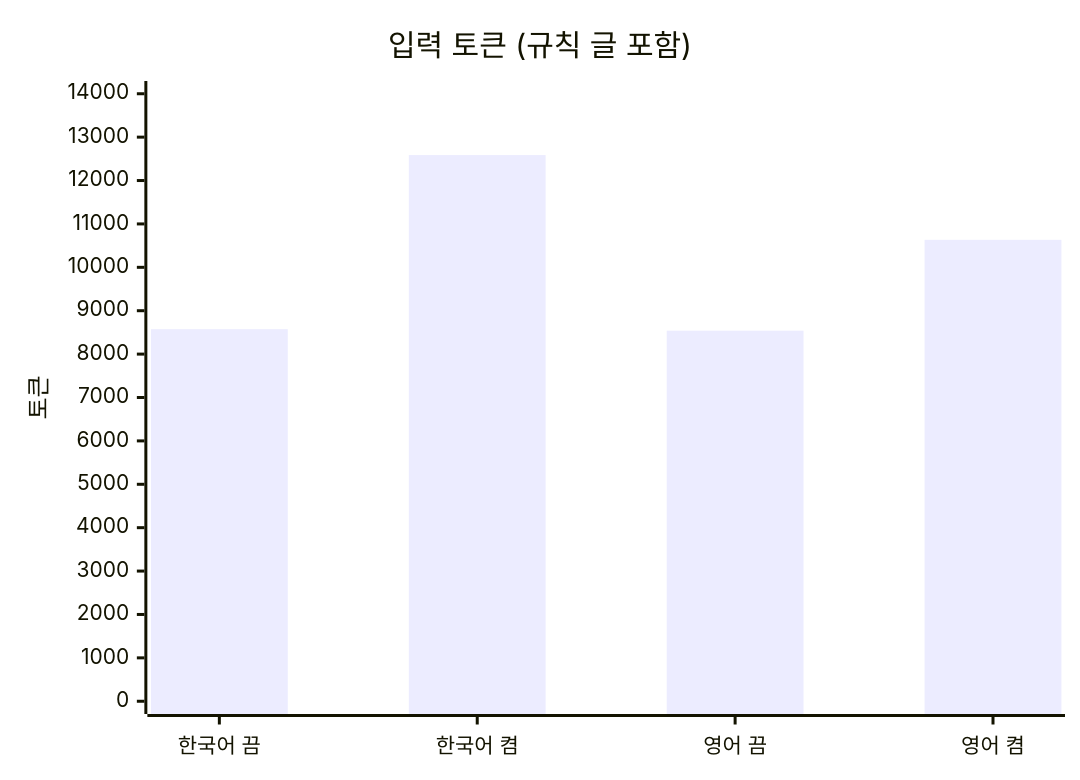
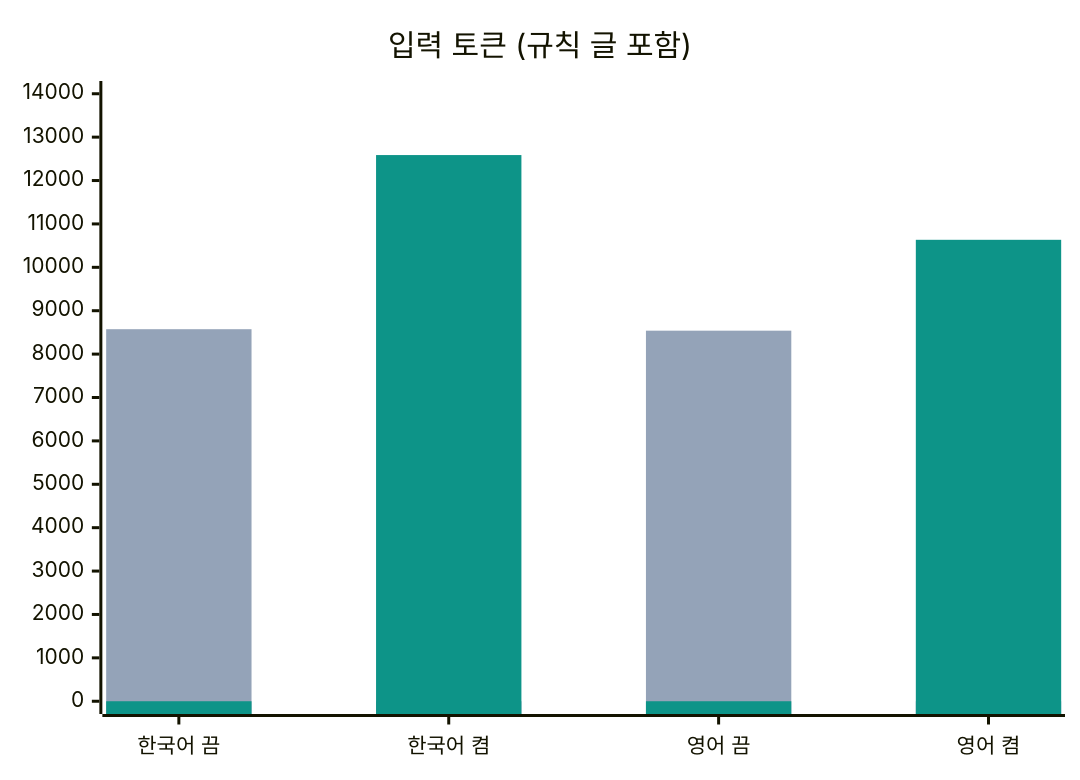
The second of 2 diagrams in README.ko.md (evelynn/get-to-it), drawn with Mermaid before and after one commit. The commit also changed other lines of this file and 2 other files, not shown here.

Commit message:
karin: 토큰 그래프의 끔·켬 막대 색 구분과 깨지는 세로축 제목 제거
- 끔은 회색, 켬은 청록으로 표시(mermaid plotColorPalette)
- 회전된 한글 세로축 제목이 깨져 보여 제거
- 브라우저 확인 도구가 만든 로컬 폴더(.gstack/)를 git 제외에 추가

````diff
--- a/README.ko.md
+++ b/README.ko.md
@@ -30,7 +32,9 @@
 ```mermaid
+%%{init: {"themeVariables": {"xyChart": {"plotColorPalette": "#94a3b8, #0d9488"}}}}%%
 xychart-beta
     title "입력 토큰 (규칙 글 포함)"
     x-axis ["한국어 끔", "한국어 켬", "영어 끔", "영어 켬"]
-    y-axis "토큰" 0 --> 14000
-    bar [8574, 12587, 8540, 10634]
+    y-axis 0 --> 14000
+    bar [8574, 0, 8540, 0]
+    bar [0, 12587, 0, 10634]
 ```
````
